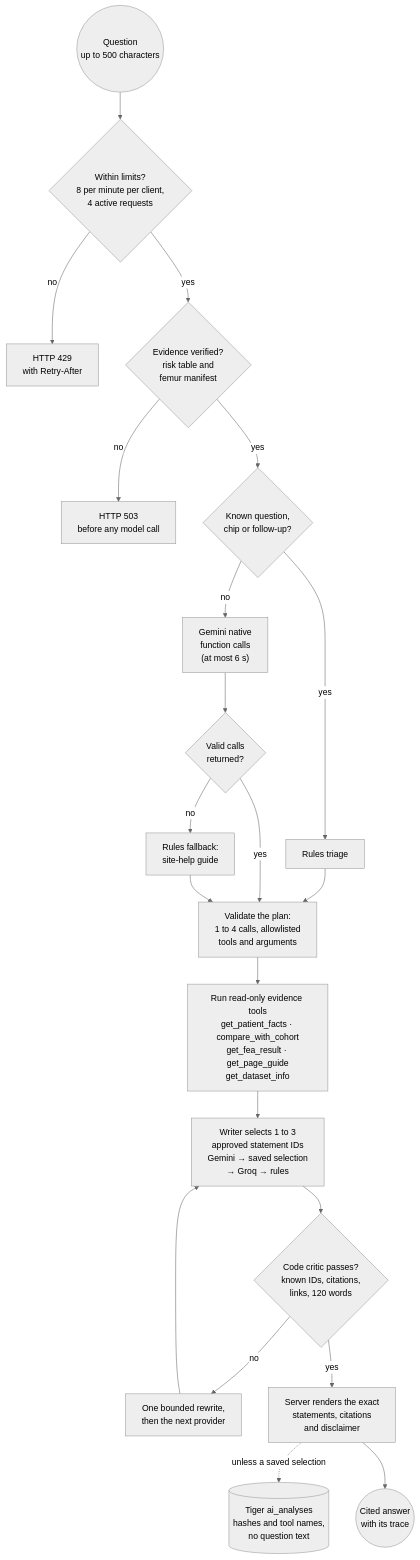
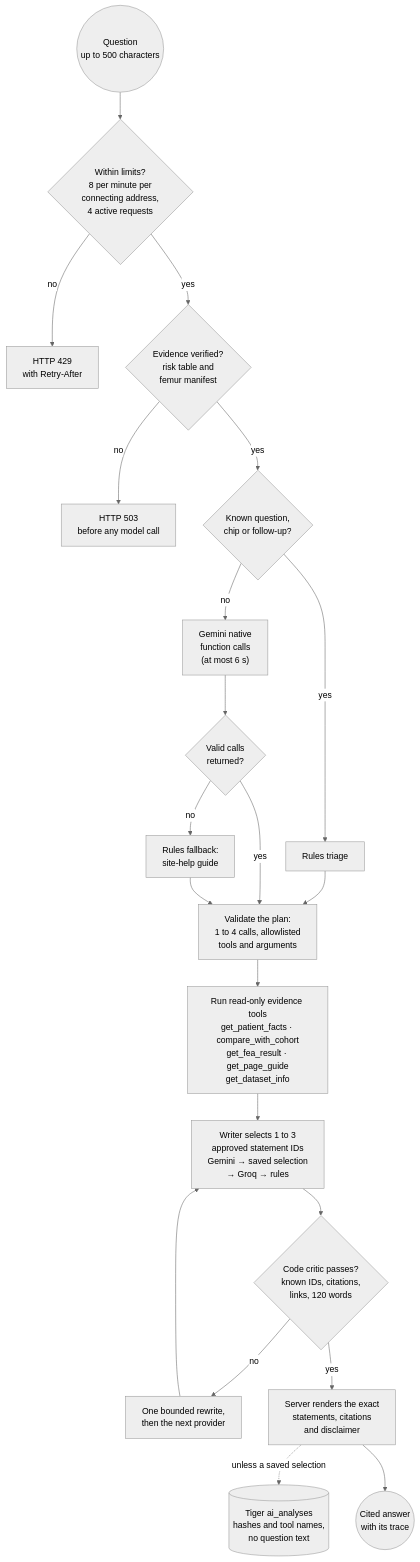
Before and after one commit to galitau/Rainbone_prod_hackthevalley11: the second of 3 diagrams in BUSINESS_PROCESS_FLOW.md, drawn with Mermaid (neutral theme). The commit also changed other lines of this file and 1 other file, not shown here.

First line of the commit message:
docs: correct ARCHITECTURE.md and BUSINESS_PROCESS_FLOW.md against the code

````diff
--- a/BUSINESS_PROCESS_FLOW.md
+++ b/BUSINESS_PROCESS_FLOW.md
@@ -127,36 +128,36 @@
 ```mermaid
 flowchart TB
   q(("Question<br/>up to 500 characters"))
-  adm{"Within limits?<br/>8 per minute per client,<br/>4 active requests"}
+  adm{"Within limits?<br/>8 per minute per<br/>connecting address,<br/>4 active requests"}
   busy["HTTP 429<br/>with Retry-After"]
   ev{"Evidence verified?<br/>risk table and<br/>femur manifest"}
   no503["HTTP 503<br/>before any model call"]
   known{"Known question,<br/>chip or follow-up?"}
   rules["Rules triage"]
   native["Gemini native<br/>function calls<br/>(at most 6 s)"]
   nok{"Valid calls<br/>returned?"}
   general["Rules fallback:<br/>site-help guide"]
   plan["Validate the plan:<br/>1 to 4 calls, allowlisted<br/>tools and arguments"]
   tools["Run read-only evidence tools<br/>get_patient_facts · compare_with_cohort<br/>get_fea_result · get_page_guide<br/>get_dataset_info"]
   writer["Writer selects 1 to 3<br/>approved statement IDs<br/>Gemini → saved selection<br/>→ Groq → rules"]
   critic{"Code critic passes?<br/>known IDs, citations,<br/>links, 120 words"}
   rewrite["One bounded rewrite,<br/>then the next provider"]
   render["Server renders the exact<br/>statements, citations<br/>and disclaimer"]
   audit[("Tiger ai_analyses<br/>hashes and tool names,<br/>no question text")]
   out(("Cited answer<br/>with its trace"))
 
   q --> adm
   adm -->|"no"| busy
   adm -->|"yes"| ev
   ev -->|"no"| no503
   ev -->|"yes"| known
   known -->|"yes"| rules --> plan
   known -->|"no"| native --> nok
   nok -->|"yes"| plan
   nok -->|"no"| general --> plan
   plan --> tools --> writer --> critic
   critic -->|"no"| rewrite --> writer
   critic -->|"yes"| render
   render -.->|"unless a saved selection"| audit
   render --> out
 ```
````
